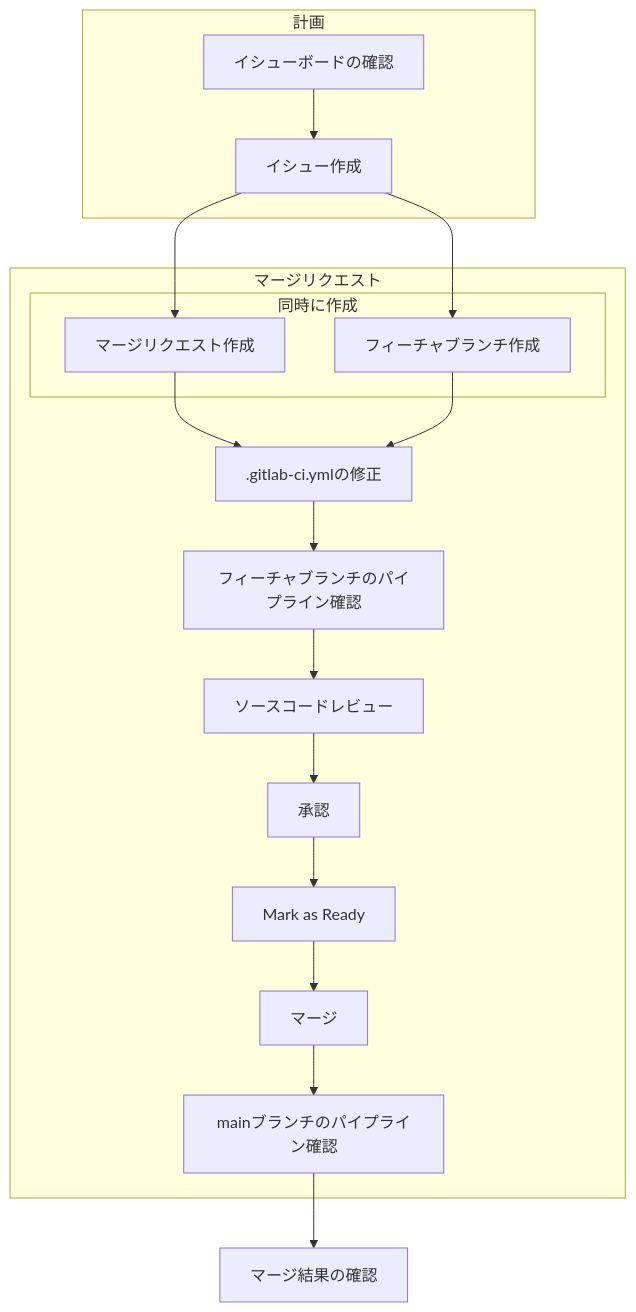
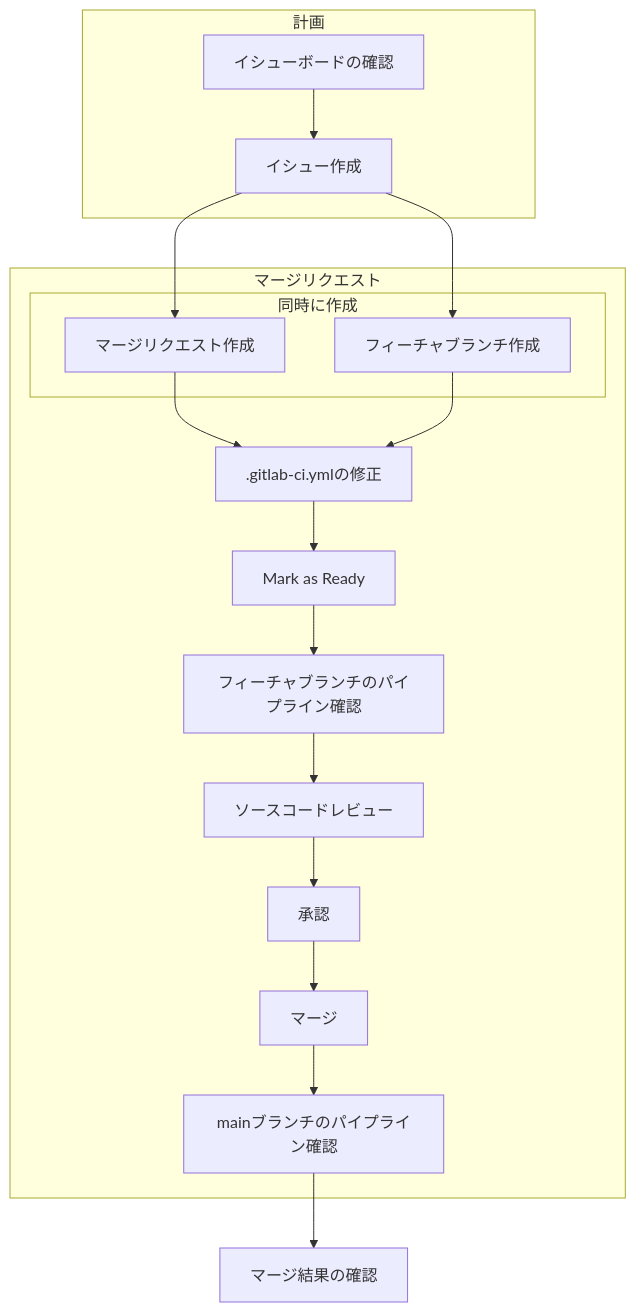
Before and after one commit to doremansunio/doremansunio1_project-a: the second of 2 diagrams in labs/ja/lab1/README.md, drawn with Mermaid. The commit also changed other lines of this file and 8 other files, not shown here.

````diff
--- a/labs/ja/lab1/README.md
+++ b/labs/ja/lab1/README.md
@@ -23,21 +23,21 @@
 ```mermaid
 graph TB
     subgraph "計画"
         イシューボードの確認 --> イシュー作成
     end
     subgraph "マージリクエスト"
         subgraph "同時に作成"
             イシュー作成 --> マージリクエスト作成
             イシュー作成 --> フィーチャブランチ作成
         end
         マージリクエスト作成 --> .gitlab-ci.ymlの修正
         フィーチャブランチ作成 --> .gitlab-ci.ymlの修正
-        .gitlab-ci.ymlの修正 --> フィーチャブランチのパイプライン確認
+        .gitlab-ci.ymlの修正 --> Mark_as_Ready[Mark as Ready]
+        Mark_as_Ready[Mark as Ready] --> フィーチャブランチのパイプライン確認
         フィーチャブランチのパイプライン確認 --> ソースコードレビュー
         ソースコードレビュー --> 承認
-        承認 --> Mark_as_Ready[Mark as Ready]
-        Mark_as_Ready --> マージ
+        承認 --> マージ
         マージ --> mainブランチのパイプライン確認
     end
     mainブランチのパイプライン確認 --> マージ結果の確認
 ```
````
